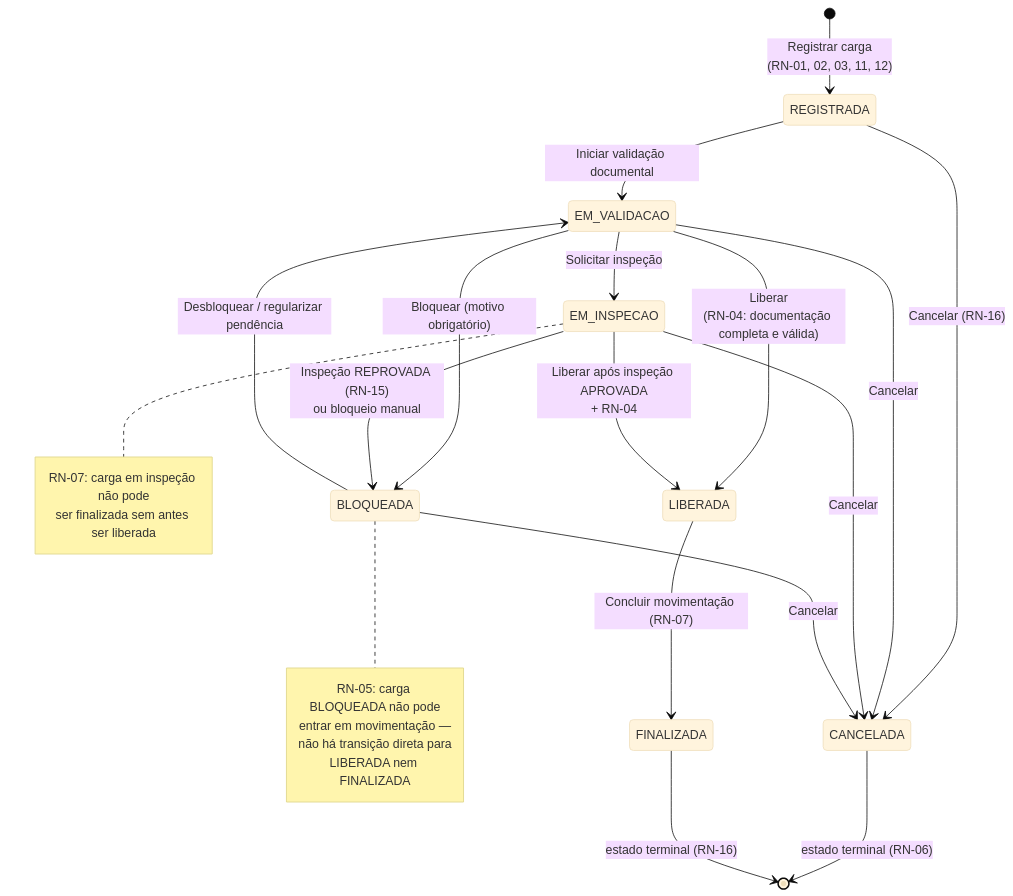
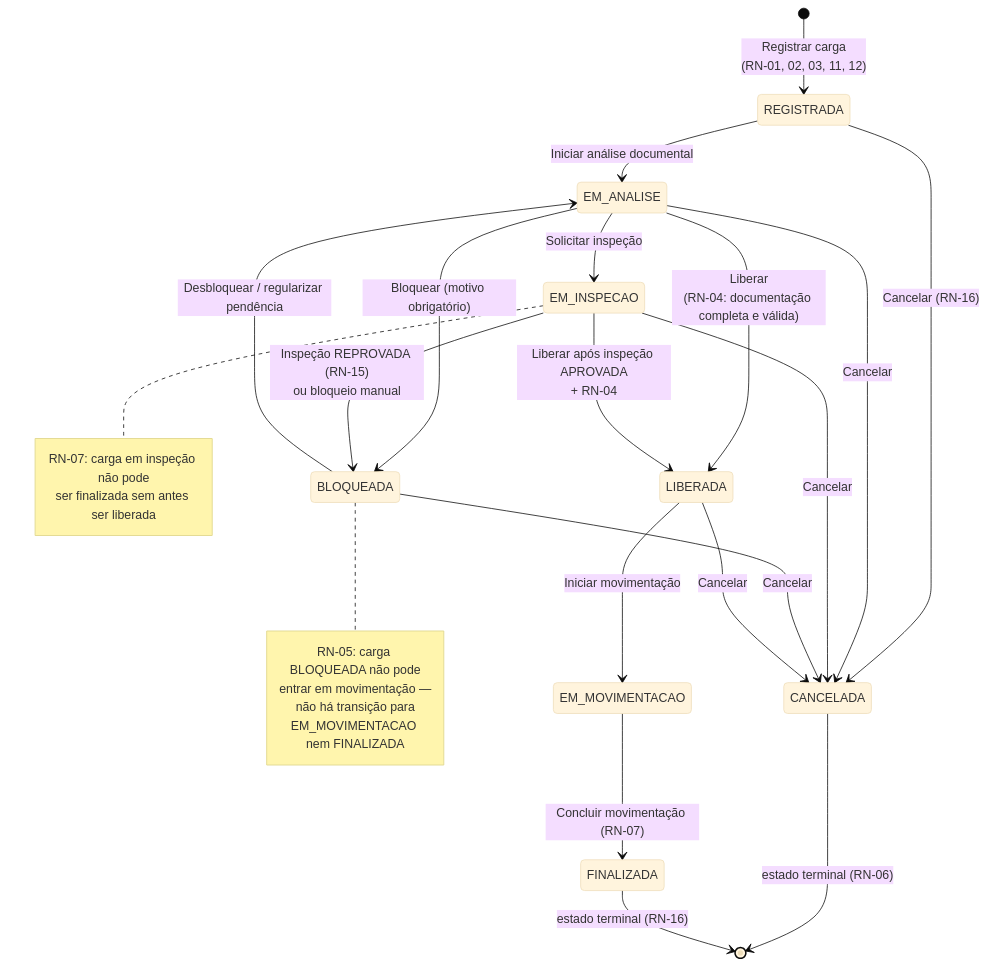
Before and after one commit to J-jota/quimiport: the diagram in docs/diagramas/fluxo-status-carga.md, drawn with Mermaid (base theme). The commit also changed other lines of this file and 6 other files, not shown here.

````diff
--- a/docs/diagramas/fluxo-status-carga.md
+++ b/docs/diagramas/fluxo-status-carga.md
@@ -5,36 +7,39 @@
 ```mermaid
 stateDiagram-v2
     [*] --> REGISTRADA : Registrar carga<br/>(RN-01, 02, 03, 11, 12)
 
-    REGISTRADA --> EM_VALIDACAO : Iniciar validação documental
+    REGISTRADA --> EM_ANALISE : Iniciar análise documental
     REGISTRADA --> CANCELADA : Cancelar (RN-16)
 
-    EM_VALIDACAO --> EM_INSPECAO : Solicitar inspeção
-    EM_VALIDACAO --> LIBERADA : Liberar<br/>(RN-04: documentação completa e válida)
-    EM_VALIDACAO --> BLOQUEADA : Bloquear (motivo obrigatório)
-    EM_VALIDACAO --> CANCELADA : Cancelar
+    EM_ANALISE --> EM_INSPECAO : Solicitar inspeção
+    EM_ANALISE --> LIBERADA : Liberar<br/>(RN-04: documentação completa e válida)
+    EM_ANALISE --> BLOQUEADA : Bloquear (motivo obrigatório)
+    EM_ANALISE --> CANCELADA : Cancelar
 
     EM_INSPECAO --> LIBERADA : Liberar após inspeção APROVADA<br/>+ RN-04
     EM_INSPECAO --> BLOQUEADA : Inspeção REPROVADA (RN-15)<br/>ou bloqueio manual
     EM_INSPECAO --> CANCELADA : Cancelar
 
-    BLOQUEADA --> EM_VALIDACAO : Desbloquear / regularizar pendência
+    BLOQUEADA --> EM_ANALISE : Desbloquear / regularizar pendência
     BLOQUEADA --> CANCELADA : Cancelar
 
-    LIBERADA --> FINALIZADA : Concluir movimentação (RN-07)
+    LIBERADA --> EM_MOVIMENTACAO : Iniciar movimentação
+    LIBERADA --> CANCELADA : Cancelar
+
+    EM_MOVIMENTACAO --> FINALIZADA : Concluir movimentação (RN-07)
 
     CANCELADA --> [*] : estado terminal (RN-06)
     FINALIZADA --> [*] : estado terminal (RN-16)
 
     note right of BLOQUEADA
         RN-05: carga BLOQUEADA não pode
         entrar em movimentação —
-        não há transição direta para
-        LIBERADA nem FINALIZADA
+        não há transição para
+        EM_MOVIMENTACAO nem FINALIZADA
     end note
 
     note right of EM_INSPECAO
         RN-07: carga em inspeção não pode
         ser finalizada sem antes ser liberada
     end note
 ```
````
